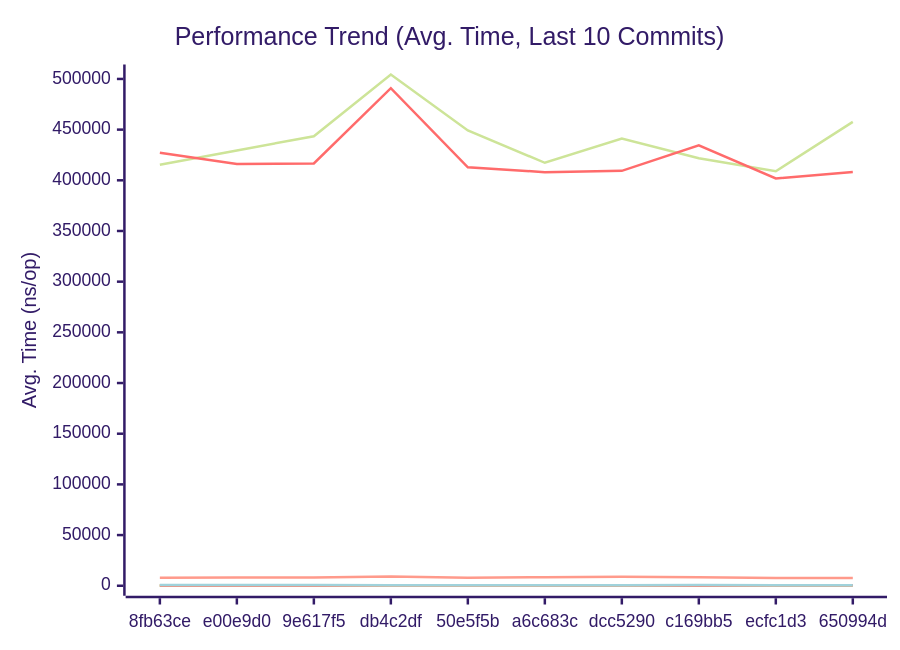
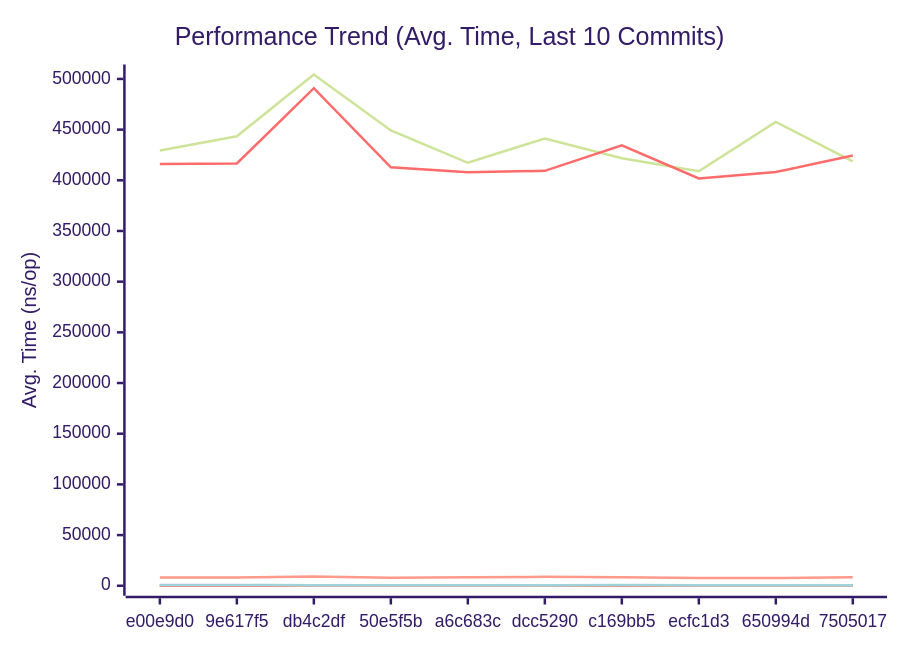
The first of 3 diagrams in docs/PERFORMANCE.md (alsotoes/momo), drawn with Mermaid (forest theme) before and after one commit. The commit also changed other lines of this file and 5 other files, not shown here.

````diff
--- a/docs/PERFORMANCE.md
+++ b/docs/PERFORMANCE.md
@@ -145,20 +145,20 @@
 ```mermaid
 xychart-beta
     title "Performance Trend (Avg. Time, Last 10 Commits)"
     x-axis "Commit"
     y-axis "Avg. Time (ns/op)"
-    x-axis [8fb63ce,e00e9d0,9e617f5,db4c2df,50e5f5b,a6c683c,dcc5290,c169bb5,ecfc1d3,650994d]
-    line "AWSChunkedReaderSigned" [415353,429495,443463,504383,449225,417284,441285,421825,408990,457655]
-    line "AWSChunkedReaderUnsigned" [427097,416046,416589,490906,412879,408069,409317,434524,401783,408115]
-    line "CheckMetricsAndSwap" [8,8,7,8,8,8,8,8,8,8]
-    line "CrushOptimized" [293,318,318,375,304,305,316,338,304,306]
-    line "CrushOriginal" [411,411,409,471,434,425,445,417,407,394]
+    x-axis [e00e9d0,9e617f5,db4c2df,50e5f5b,a6c683c,dcc5290,c169bb5,ecfc1d3,650994d,7505017]
+    line "AWSChunkedReaderSigned" [429495,443463,504383,449225,417284,441285,421825,408990,457655,418649]
+    line "AWSChunkedReaderUnsigned" [416046,416589,490906,412879,408069,409317,434524,401783,408115,424530]
+    line "CheckMetricsAndSwap" [8,7,8,8,8,8,8,8,8,8]
+    line "CrushOptimized" [318,318,375,304,305,316,338,304,306,309]
+    line "CrushOriginal" [411,409,471,434,425,445,417,407,394,422]
     line "IndexDirectTracking" [0,0,0,0,0,0,0,0,0,0]
     line "IndexSearch" [2,2,2,2,2,2,2,2,2,2]
-    line "LoadGlobalConfig" [7862,8049,8138,9117,7890,8368,8771,8344,7742,7670]
-    line "PadString" [38,39,39,49,39,40,45,41,40,38]
+    line "LoadGlobalConfig" [8049,8138,9117,7890,8368,8771,8344,7742,7670,8319]
+    line "PadString" [39,39,49,39,40,45,41,40,38,40]
     line "ParseReplicationOrder_NoPrealloc" [350,349,357,354,345,225,229,165,232,234]
     line "ParseReplicationOrder_Prealloc" [229,231,237,234,229,108,107,80,110,109]
-    line "SanitizeLog/Safe" [231,213,222,430,390,419,504,229,396,398]
-    line "SanitizeLog/Unsafe" [674,673,658,601,504,506,501,678,514,487]
+    line "SanitizeLog/Safe" [213,222,430,390,419,504,229,396,398,416]
+    line "SanitizeLog/Unsafe" [673,658,601,504,506,501,678,514,487,506]
 ```
````
